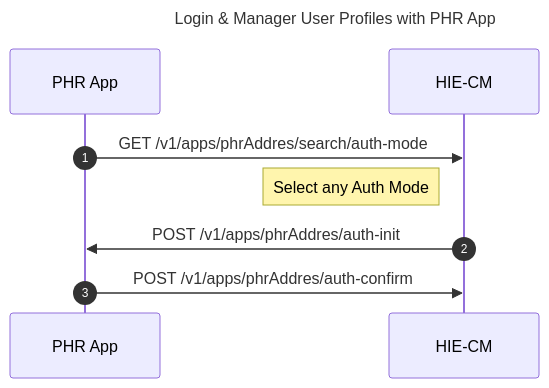
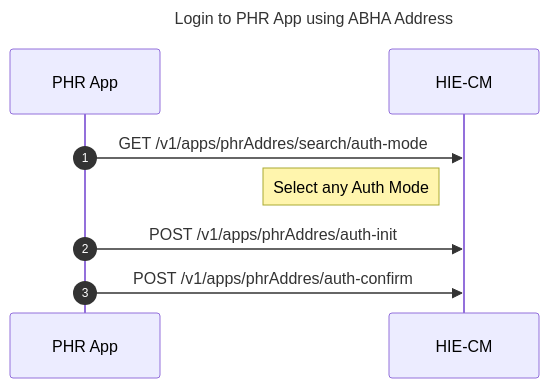
Before and after one commit to kiranma72/abdm-docs: the first of 3 diagrams in content/5-building-a-phr-app/login-user.md, drawn with Mermaid. The commit also changed other lines of this file and 3 other files, not shown here.

Commit message:
sequence diagrams

```diff
--- a/content/5-building-a-phr-app/login-user.md
+++ b/content/5-building-a-phr-app/login-user.md
@@ -60,9 +60,9 @@
 {{< mermaid >}}
 %%{init:{"fontSize": "1.0rem", "sequence":{"showSequenceNumbers":true}}}%%
 sequenceDiagram
-title Login & Manager User Profiles with PHR App
+title Login to PHR App using ABHA Address
 PHR App->>HIE-CM:GET /v1/apps/phrAddres/search/auth-mode
 note left of HIE-CM: Select any Auth Mode
-HIE-CM->>PHR App:POST /v1/apps/phrAddres/auth-init
+PHR App->>HIE-CM:POST /v1/apps/phrAddres/auth-init
 PHR App->>HIE-CM:POST /v1/apps/phrAddres/auth-confirm
 {{< /mermaid >}}
```
